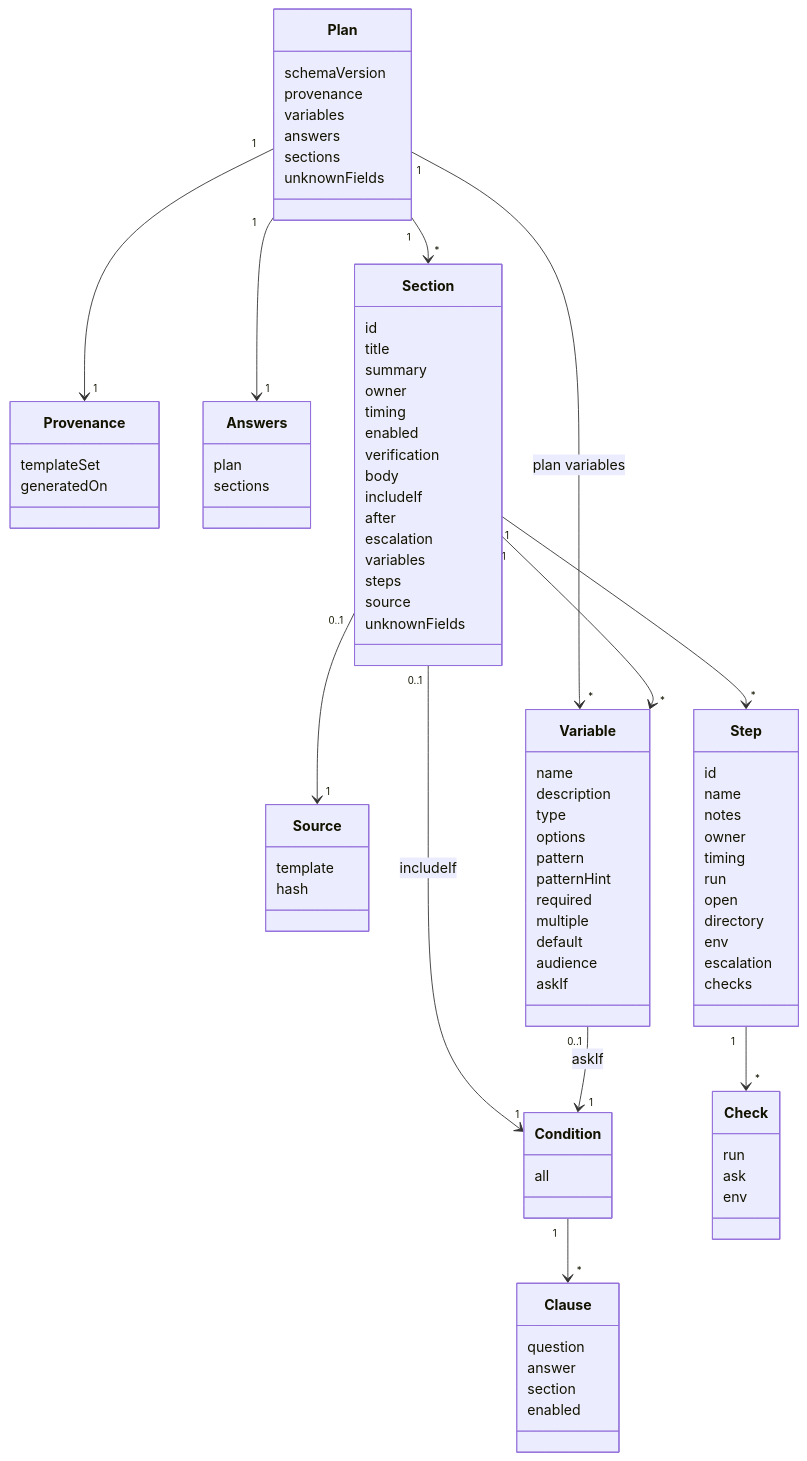
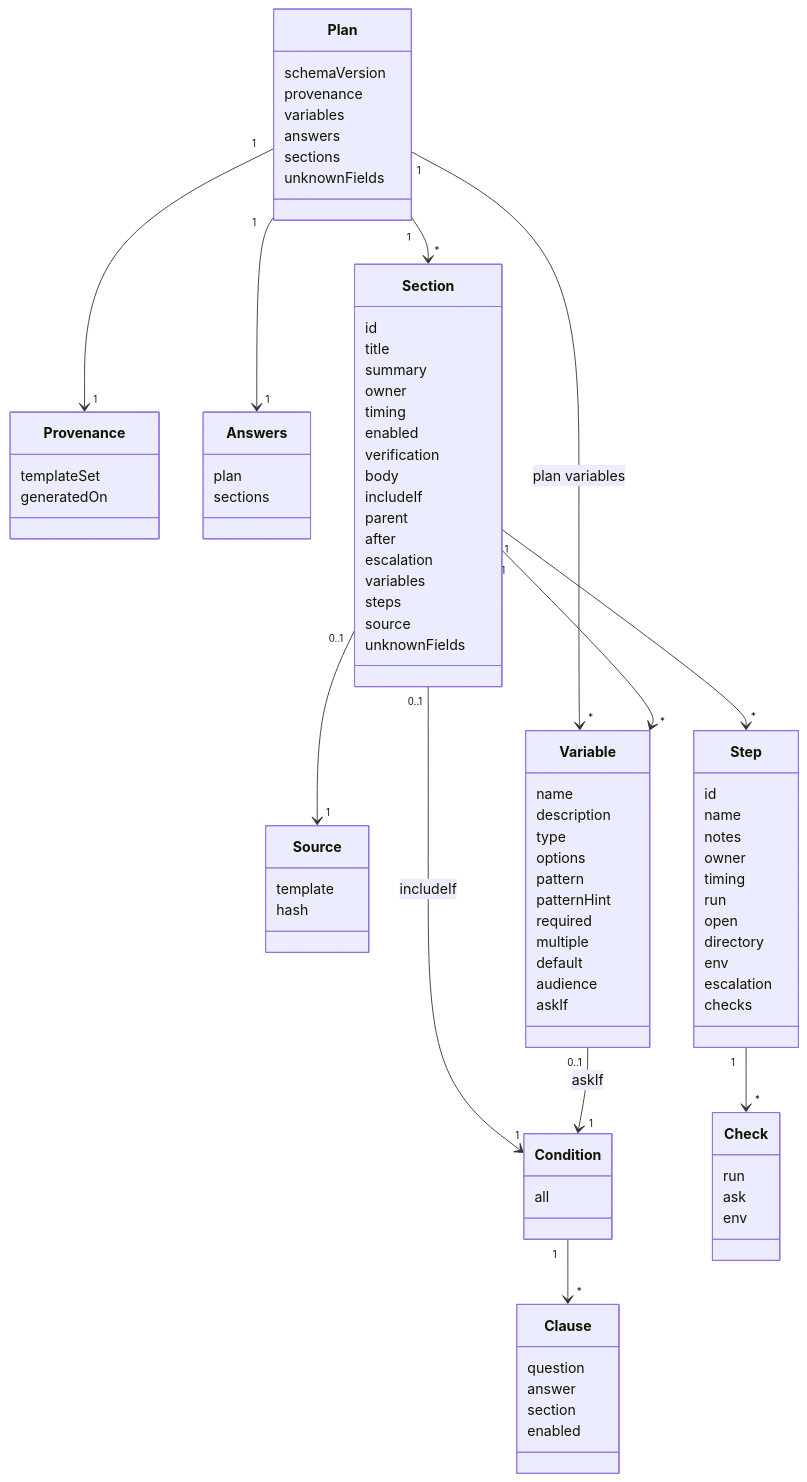
Before and after one commit to 8thlight-daveloper/onboard-kit: the diagram in docs/reference/domain-model.md, drawn with Mermaid. The commit also changed other lines of this file and 3 other files, not shown here.

```diff
--- a/docs/reference/domain-model.md
+++ b/docs/reference/domain-model.md
@@ -44,6 +44,7 @@
         verification
         body
         includeIf
+        parent
         after
         escalation
         variables
```
